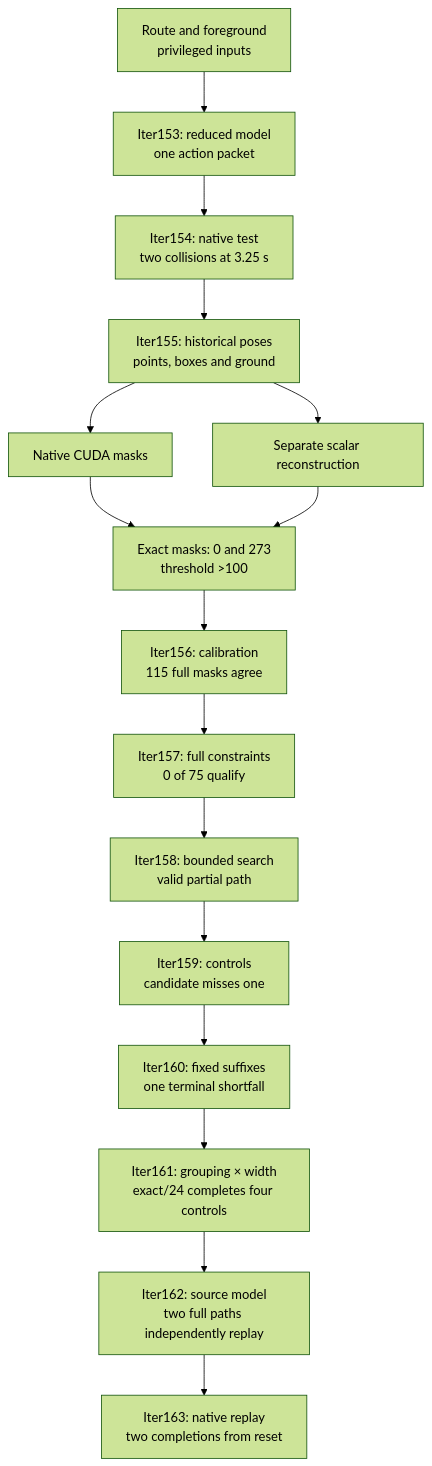
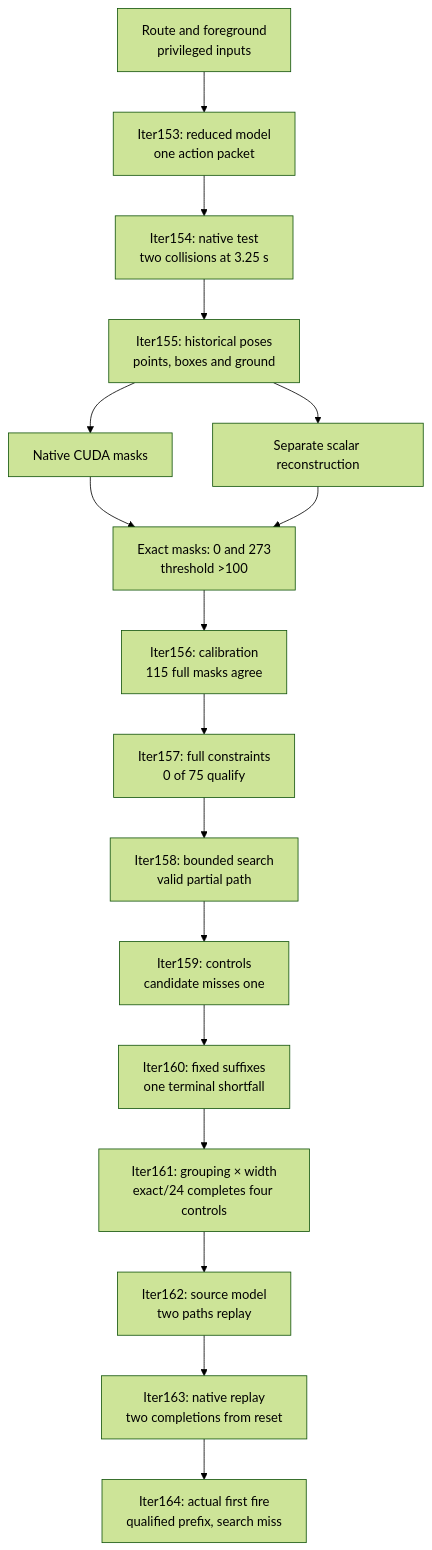
One commit to manfromnowhere143/sentinel changed the fourth of 4 diagrams in docs/ARCHITECTURE.md. Above: the diagram before and after it, drawn with Mermaid (forest theme). The commit also changed other lines of this file and 38 other files, not shown here.

Commit message:
Close monitor-time continuation with an independently admitted bounded miss

````diff
--- a/docs/ARCHITECTURE.md
+++ b/docs/ARCHITECTURE.md
@@ -209,20 +209,21 @@
 ```mermaid
 flowchart TB
-  accTitle: From native rejection to calibrated native completion
-  accDescr: Full constraints admit native completion from reset; monitor-time recovery remains unknown.
+  accTitle: Native completion and monitor-time search miss
+  accDescr: Reset completes; search from the actual history misses.
   G["Route and foreground<br/>privileged inputs"] --> M["Iter153: reduced model<br/>one action packet"]
   M --> N["Iter154: native test<br/>two collisions at 3.25 s"]
   N --> X["Iter155: historical poses<br/>points, boxes and ground"]
   X --> C["Native CUDA masks"]
   X --> S["Separate scalar reconstruction"]
   C --> E["Exact masks: 0 and 273<br/>threshold >100"]
   S --> E
   E --> F["Iter156: calibration<br/>115 full masks agree"]
   F --> L["Iter157: full constraints<br/>0 of 75 qualify"]
   L --> A["Iter158: bounded search<br/>valid partial path"]
   A --> Q["Iter159: controls<br/>candidate misses one"]
   Q --> K["Iter160: fixed suffixes<br/>one terminal shortfall"]
   K --> Z["Iter161: grouping × width<br/>exact/24 completes four controls"]
-  Z --> Y["Iter162: source model<br/>two full paths independently replay"]
+  Z --> Y["Iter162: source model<br/>two paths replay"]
   Y --> V["Iter163: native replay<br/>two completions from reset"]
+  V --> B["Iter164: actual first fire<br/>qualified prefix, search miss"]
 ```
````
